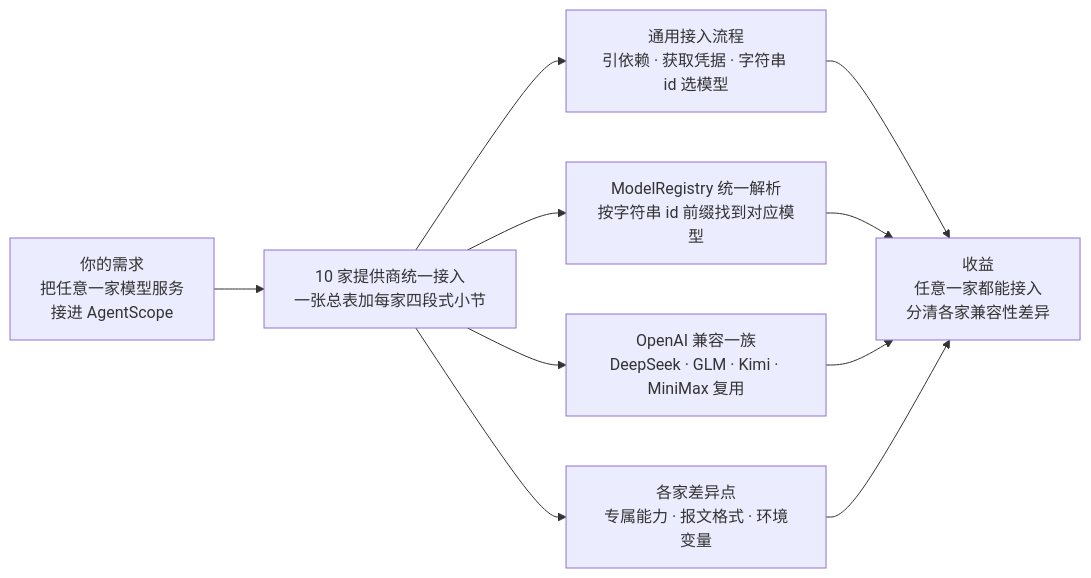
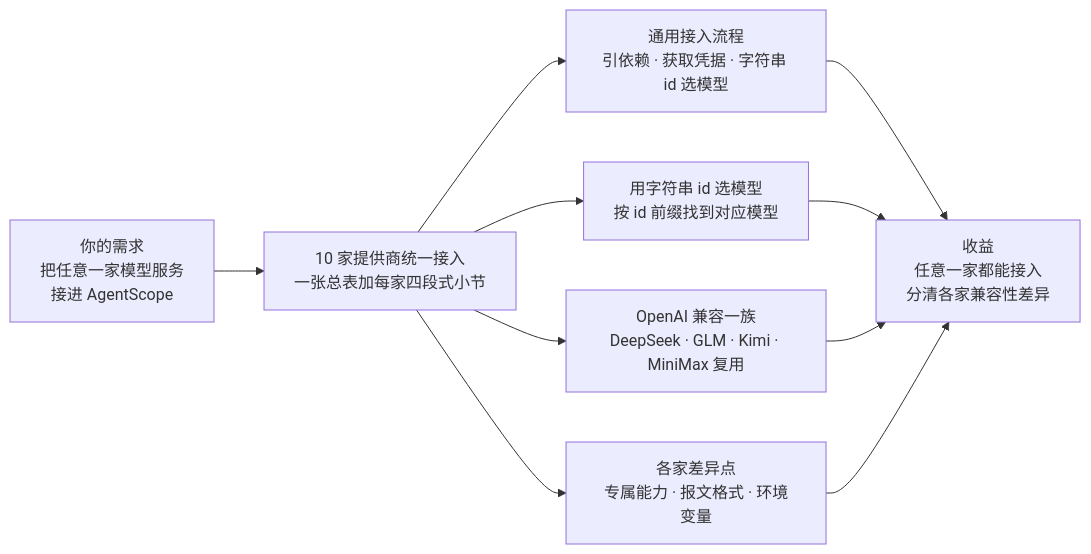
Before and after one commit to ybak/agentscope-2.0-tutorial: the first of 2 diagrams in chapters/21-model-providers.md, drawn with Mermaid. The commit also changed 14 other files, not shown here.

Commit message:
docs: 章首导览图·批次3（第 31-44 章）含 ch21 标签修正

````diff
--- a/chapters/21-model-providers.md
+++ b/chapters/21-model-providers.md
@@ -11,12 +11,12 @@
 ```mermaid
 flowchart LR
     A["你的需求<br/>把任意一家模型服务<br/>接进 AgentScope"] --> B["10 家提供商统一接入<br/>一张总表加每家四段式小节"]
     B --> C["通用接入流程<br/>引依赖 · 获取凭据 · 字符串 id 选模型"]
-    B --> D["ModelRegistry 统一解析<br/>按字符串 id 前缀找到对应模型"]
+    B --> D["用字符串 id 选模型<br/>按 id 前缀找到对应模型"]
     B --> E["OpenAI 兼容一族<br/>DeepSeek · GLM · Kimi · MiniMax 复用"]
     B --> F["各家差异点<br/>专属能力 · 报文格式 · 环境变量"]
     C --> G["收益<br/>任意一家都能接入<br/>分清各家兼容性差异"]
     D --> G
     E --> G
     F --> G
 ```
````
